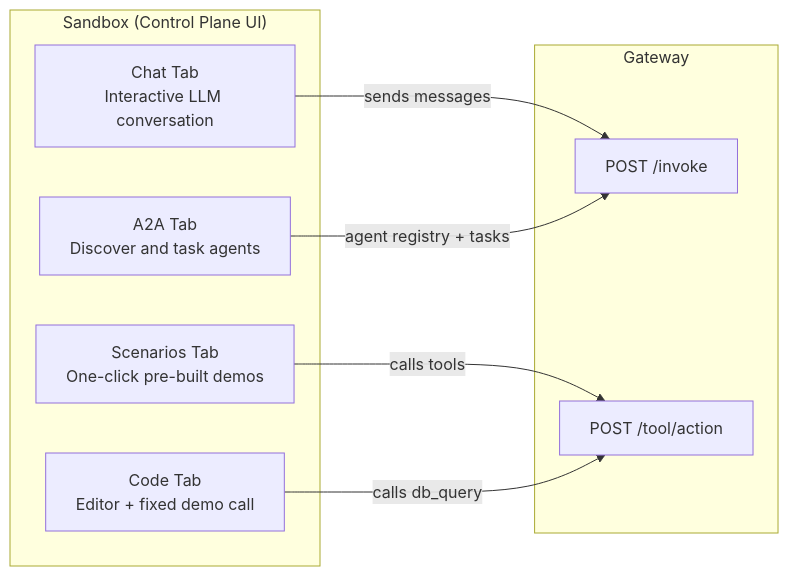
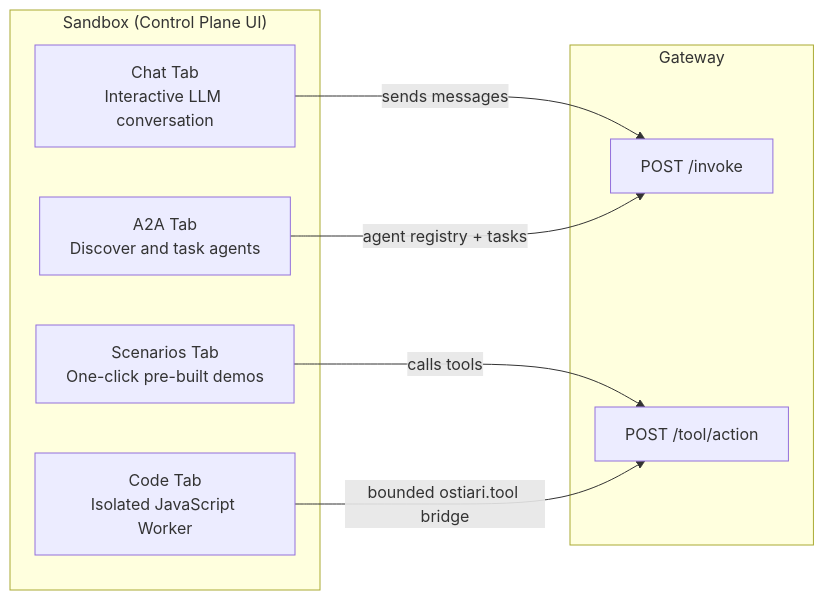
One commit to hk-775/ostiari changed diagram 35 of 41 in docs/gateway-architecture.md. Above: the diagram before and after it, drawn with Mermaid. The commit also changed other lines of this file and 12 other files, not shown here.

````diff
--- a/docs/gateway-architecture.md
+++ b/docs/gateway-architecture.md
@@ -3012,19 +3012,19 @@
 ```mermaid
 graph LR
     subgraph "Sandbox (Control Plane UI)"
         CHAT[Chat Tab<br/>Interactive LLM conversation]
         SCEN[Scenarios Tab<br/>One-click pre-built demos]
-        CODE[Code Tab<br/>Editor + fixed demo call]
+        CODE[Code Tab<br/>Isolated JavaScript Worker]
         A2A[A2A Tab<br/>Discover and task agents]
     end
 
     subgraph "Gateway"
         INV[POST /invoke]
         TOOL[POST /tool/action]
     end
 
     CHAT -->|"sends messages"| INV
     SCEN -->|"calls tools"| TOOL
-    CODE -->|"calls db_query"| TOOL
+    CODE -->|"bounded ostiari.tool bridge"| TOOL
     A2A -->|"agent registry + tasks"| INV
 ```
````
